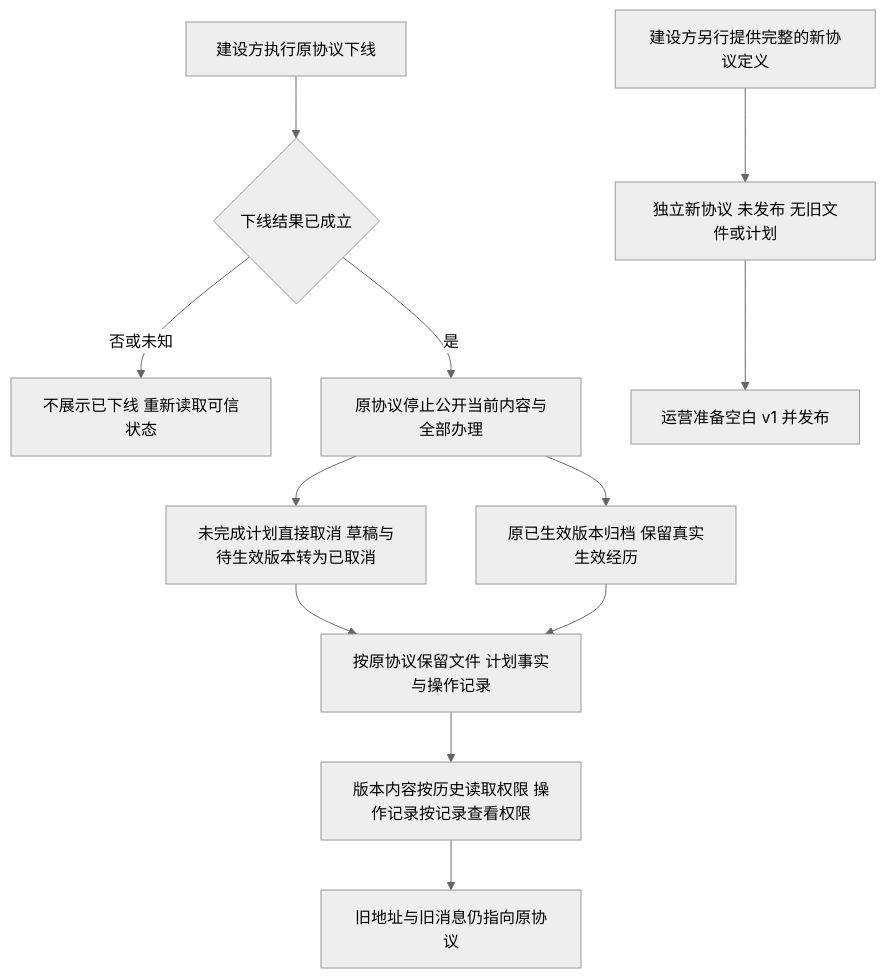
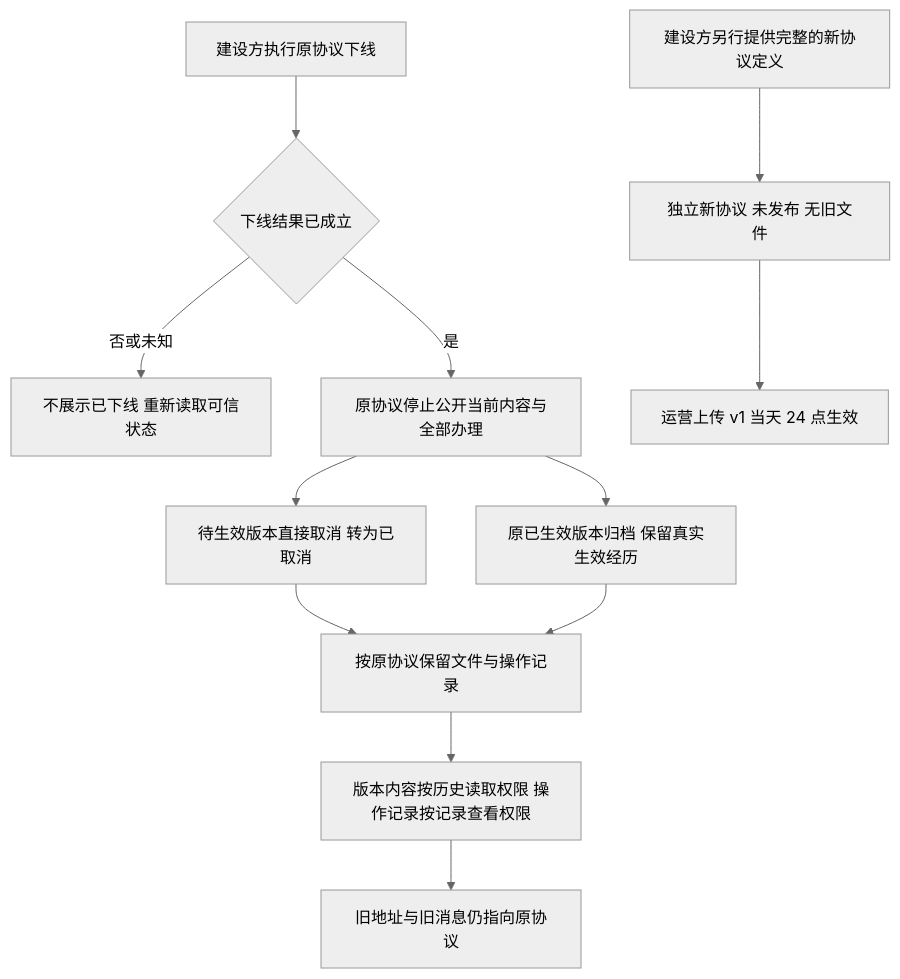
The sixth of 8 diagrams in lending-platform/PRD/运营端/03-运营端协议管理/02-运营端协议管理-流程图与状态机.md (wxblockchain/Chain-Financing), drawn with Mermaid (neutral theme) before and after one commit. The commit also changed other lines of this file and 5 other files, not shown here.

````diff
--- a/lending-platform/PRD/运营端/03-运营端协议管理/02-运营端协议管理-流程图与状态机.md
+++ b/lending-platform/PRD/运营端/03-运营端协议管理/02-运营端协议管理-流程图与状态机.md
@@ -164,14 +142,14 @@
 ```mermaid
 flowchart TD
     A[建设方执行原协议下线] --> B{下线结果已成立}
     B -->|否或未知| C[不展示已下线 重新读取可信状态]
     B -->|是| D[原协议停止公开当前内容与全部办理]
-    D --> E[未完成计划直接取消 草稿与待生效版本转为已取消]
+    D --> E[待生效版本直接取消 转为已取消]
     D --> F[原已生效版本归档 保留真实生效经历]
-    E --> G[按原协议保留文件 计划事实与操作记录]
+    E --> G[按原协议保留文件与操作记录]
     F --> G
     G --> H[版本内容按历史读取权限 操作记录按记录查看权限]
     H --> I[旧地址与旧消息仍指向原协议]
-    J[建设方另行提供完整的新协议定义] --> K[独立新协议 未发布 无旧文件或计划]
-    K --> L[运营准备空白 v1 并发布]
+    J[建设方另行提供完整的新协议定义] --> K[独立新协议 未发布 无旧文件]
+    K --> L[运营上传 v1 当天 24 点生效]
 ```
````
